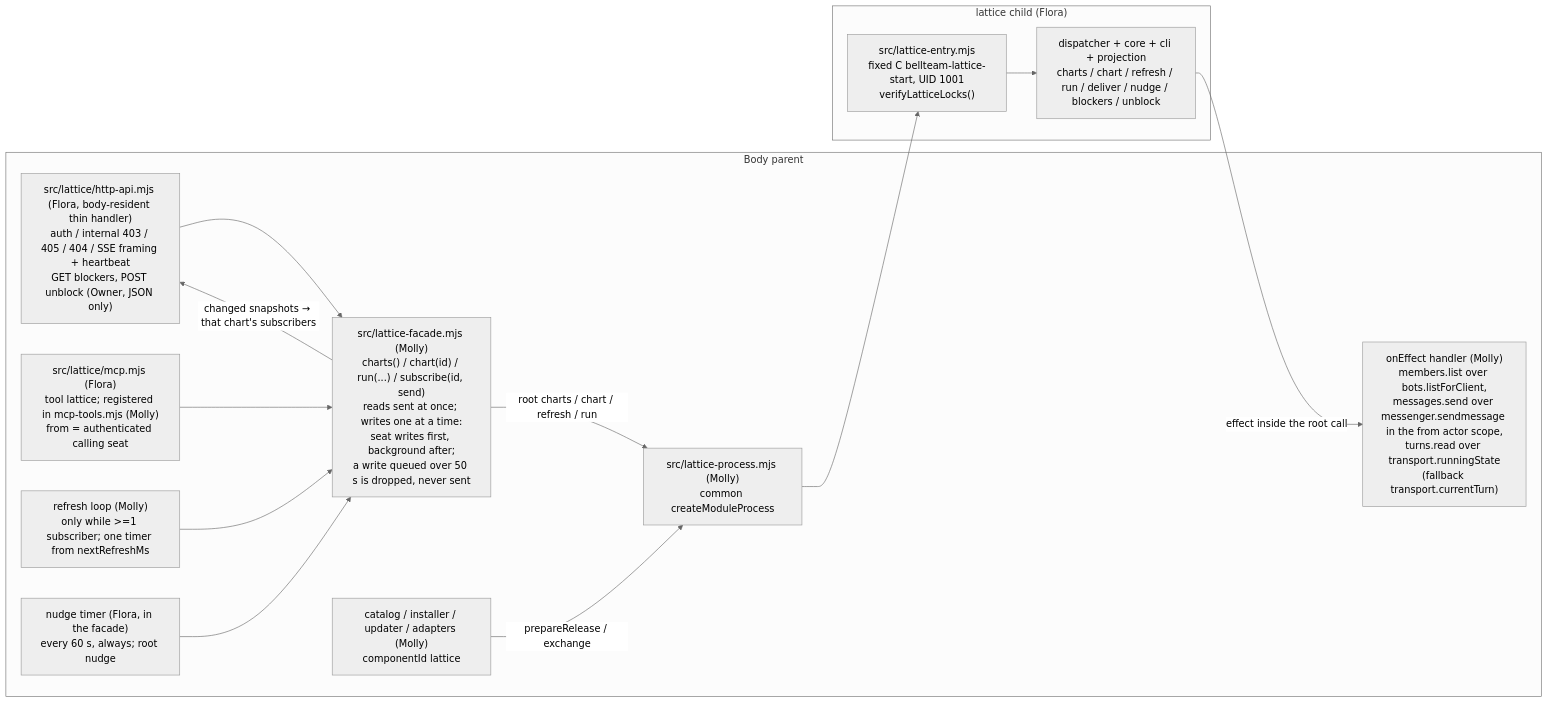
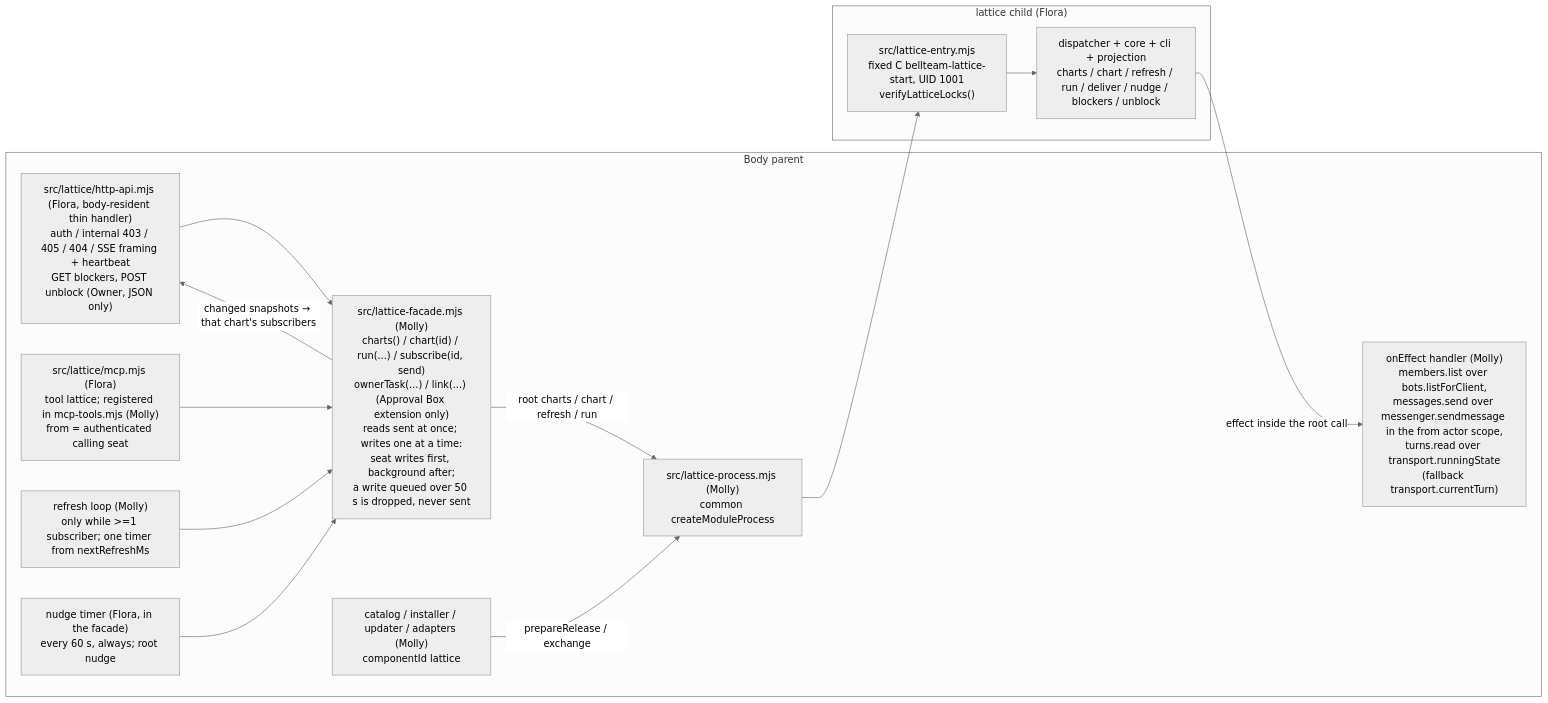
One commit to kitepon/BellTeam changed the diagram in docs/architecture/modules/runtime/lattice-child.md. Above: the diagram before and after it, drawn with Mermaid (neutral theme). The commit also changed other lines of this file and 2 other files, not shown here.

Commit message:
a156: lattice facade ownerTask and link for the Approval Box extension (Flora R3)
Two seat-queue writes and one PASS code (LATTICE_OWNER_TASK_REFUSED);
ownerTask refreshes the chart's subscribers like run. Not on the HTTP
API or the seat MCP.

````diff
--- a/docs/architecture/modules/runtime/lattice-child.md
+++ b/docs/architecture/modules/runtime/lattice-child.md
@@ -7,26 +7,26 @@
 ```mermaid
 flowchart LR
   subgraph Parent["Body parent"]
     Route["src/lattice/http-api.mjs (Flora, body-resident thin handler)<br/>auth / internal 403 / 405 / 404 / SSE framing + heartbeat<br/>GET blockers, POST unblock (Owner, JSON only)"]
     Tool["src/lattice/mcp.mjs (Flora)<br/>tool lattice; registered in mcp-tools.mjs (Molly)<br/>from = authenticated calling seat"]
-    Facade["src/lattice-facade.mjs (Molly)<br/>charts() / chart(id) / run(...) / subscribe(id, send)<br/>reads sent at once; writes one at a time:<br/>seat writes first, background after;<br/>a write queued over 50 s is dropped, never sent"]
+    Facade["src/lattice-facade.mjs (Molly)<br/>charts() / chart(id) / run(...) / subscribe(id, send)<br/>ownerTask(...) / link(...) (Approval Box extension only)<br/>reads sent at once; writes one at a time:<br/>seat writes first, background after;<br/>a write queued over 50 s is dropped, never sent"]
     Loop["refresh loop (Molly)<br/>only while >=1 subscriber; one timer from nextRefreshMs"]
     Nudge["nudge timer (Flora, in the facade)<br/>every 60 s, always; root nudge"]
     Proc["src/lattice-process.mjs (Molly)<br/>common createModuleProcess"]
     Ports["onEffect handler (Molly)<br/>members.list over bots.listForClient,<br/>messages.send over messenger.sendmessage in the from actor scope,<br/>turns.read over transport.runningState<br/>(fallback transport.currentTurn)"]
     Update["catalog / installer / updater / adapters (Molly)<br/>componentId lattice"]
   end
   subgraph Child["lattice child (Flora)"]
     Entry["src/lattice-entry.mjs<br/>fixed C bellteam-lattice-start, UID 1001<br/>verifyLatticeLocks()"]
     Disp["dispatcher + core + cli + projection<br/>charts / chart / refresh / run / deliver / nudge / blockers / unblock"]
   end
   Route --> Facade
   Tool --> Facade
   Loop --> Facade
   Nudge --> Facade
   Facade -->|"root charts / chart / refresh / run"| Proc
   Proc --> Entry --> Disp
   Disp -->|"effect inside the root call"| Ports
   Facade -->|"changed snapshots → that chart's subscribers"| Route
   Update -->|"prepareRelease / exchange"| Proc
 ```
````
